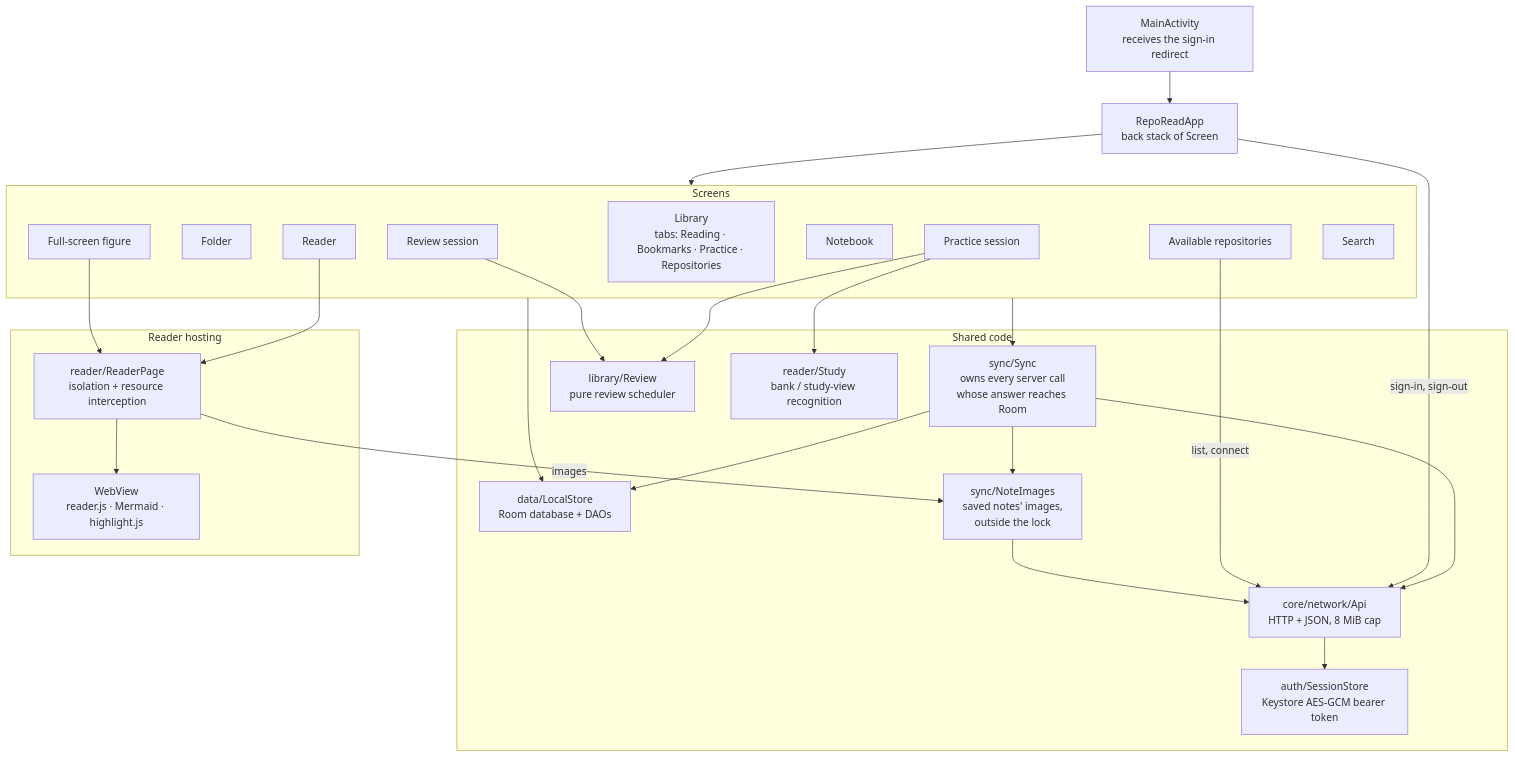
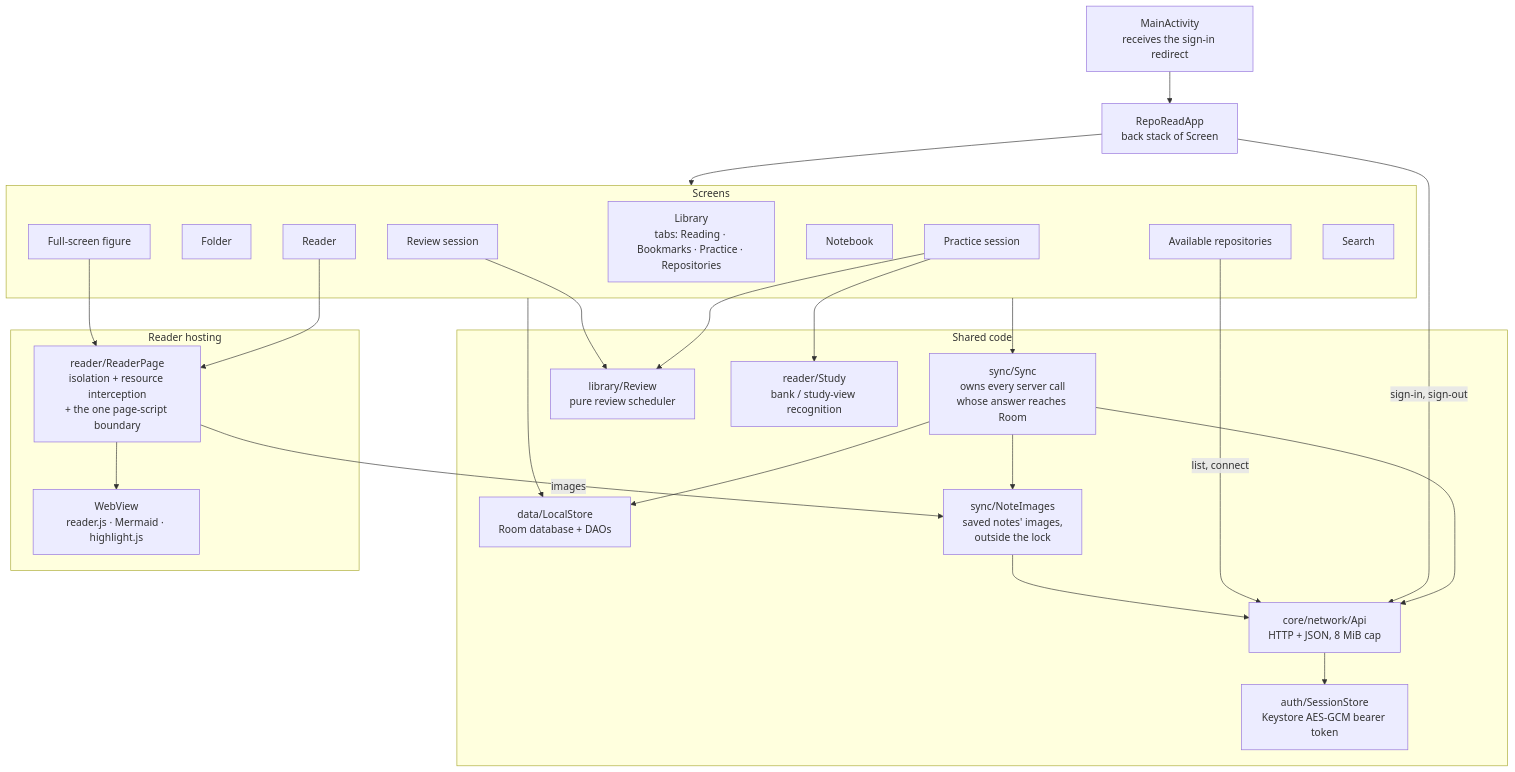
Before and after one commit to jaxwong/reporead: the fifth of 12 diagrams in docs/architecture.md, drawn with Mermaid. The commit also changed 3 other files, not shown here.

````diff
--- a/docs/architecture.md
+++ b/docs/architecture.md
@@ -261,51 +261,51 @@
 ```mermaid
 flowchart TB
     Main["MainActivity<br/>receives the sign-in redirect"]
     App["RepoReadApp<br/>back stack of Screen"]
     Main --> App
 
     subgraph Screens["Screens"]
         Library["Library<br/>tabs: Reading · Bookmarks · Practice · Repositories"]
         Folder["Folder"]
         Available["Available repositories"]
         Reader["Reader"]
         Figure["Full-screen figure"]
         Notebook["Notebook"]
         Practice["Practice session"]
         Review["Review session"]
         Search["Search"]
     end
     App --> Screens
 
     subgraph Core["Shared code"]
         Sync["sync/Sync<br/>owns every server call<br/>whose answer reaches Room"]
         Store["data/LocalStore<br/>Room database + DAOs"]
         Api["core/network/Api<br/>HTTP + JSON, 8 MiB cap"]
         Images["sync/NoteImages<br/>saved notes' images,<br/>outside the lock"]
         Session["auth/SessionStore<br/>Keystore AES-GCM bearer token"]
         Sched["library/Review<br/>pure review scheduler"]
         StudyK["reader/Study<br/>bank / study-view recognition"]
     end
 
     subgraph ReaderHost["Reader hosting"]
-        Page["reader/ReaderPage<br/>isolation + resource interception"]
+        Page["reader/ReaderPage<br/>isolation + resource interception<br/>+ the one page-script boundary"]
         WebV["WebView<br/>reader.js · Mermaid · highlight.js"]
         Page --> WebV
     end
 
     Screens --> Sync
     Screens --> Store
     Practice --> StudyK
     Practice --> Sched
     Review --> Sched
     Reader --> Page
     Figure --> Page
     Sync --> Api
     App -- "sign-in, sign-out" --> Api
     Available -- "list, connect" --> Api
     Sync --> Store
     Api --> Session
     Page -- "images" --> Images
     Sync --> Images
     Images --> Api
 ```
````
